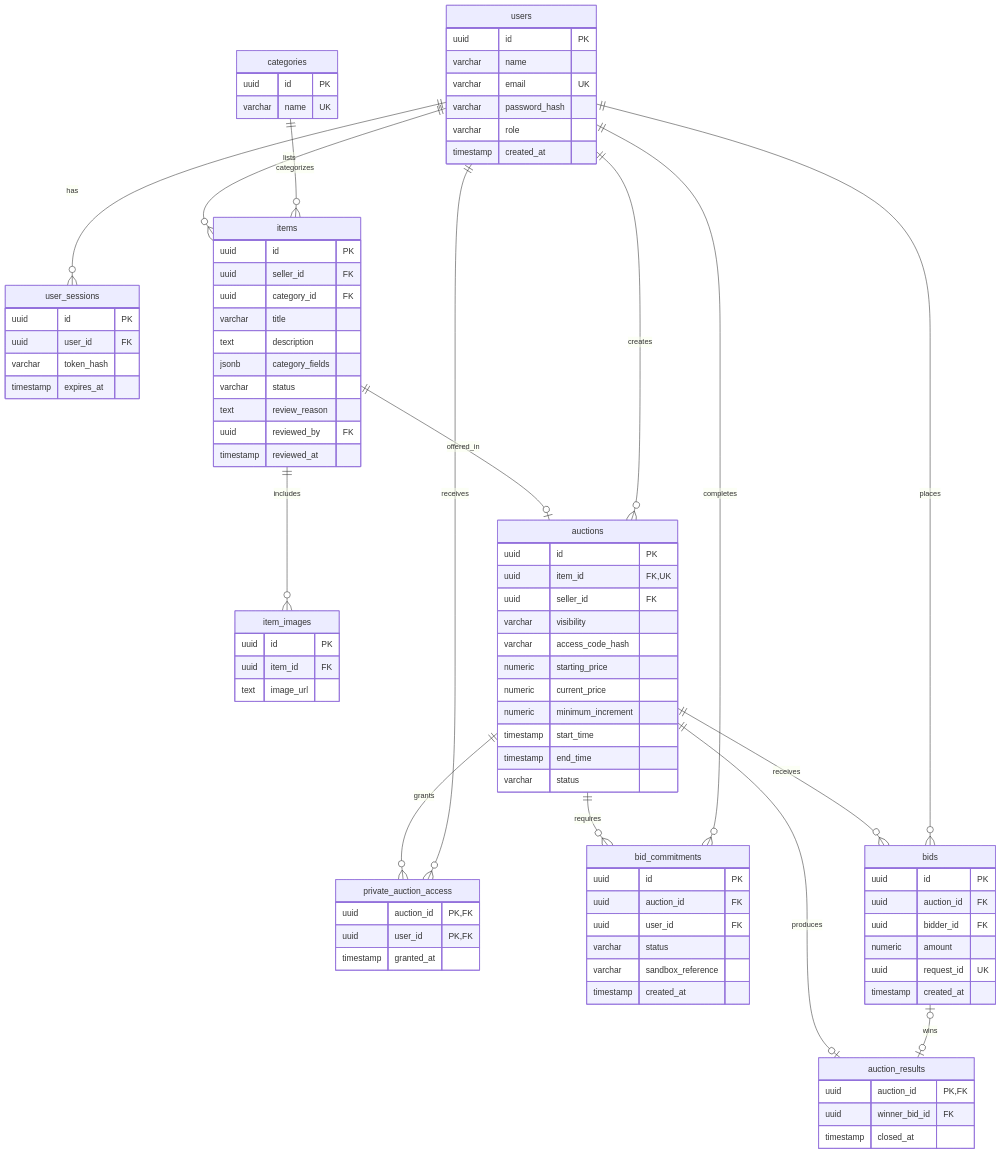
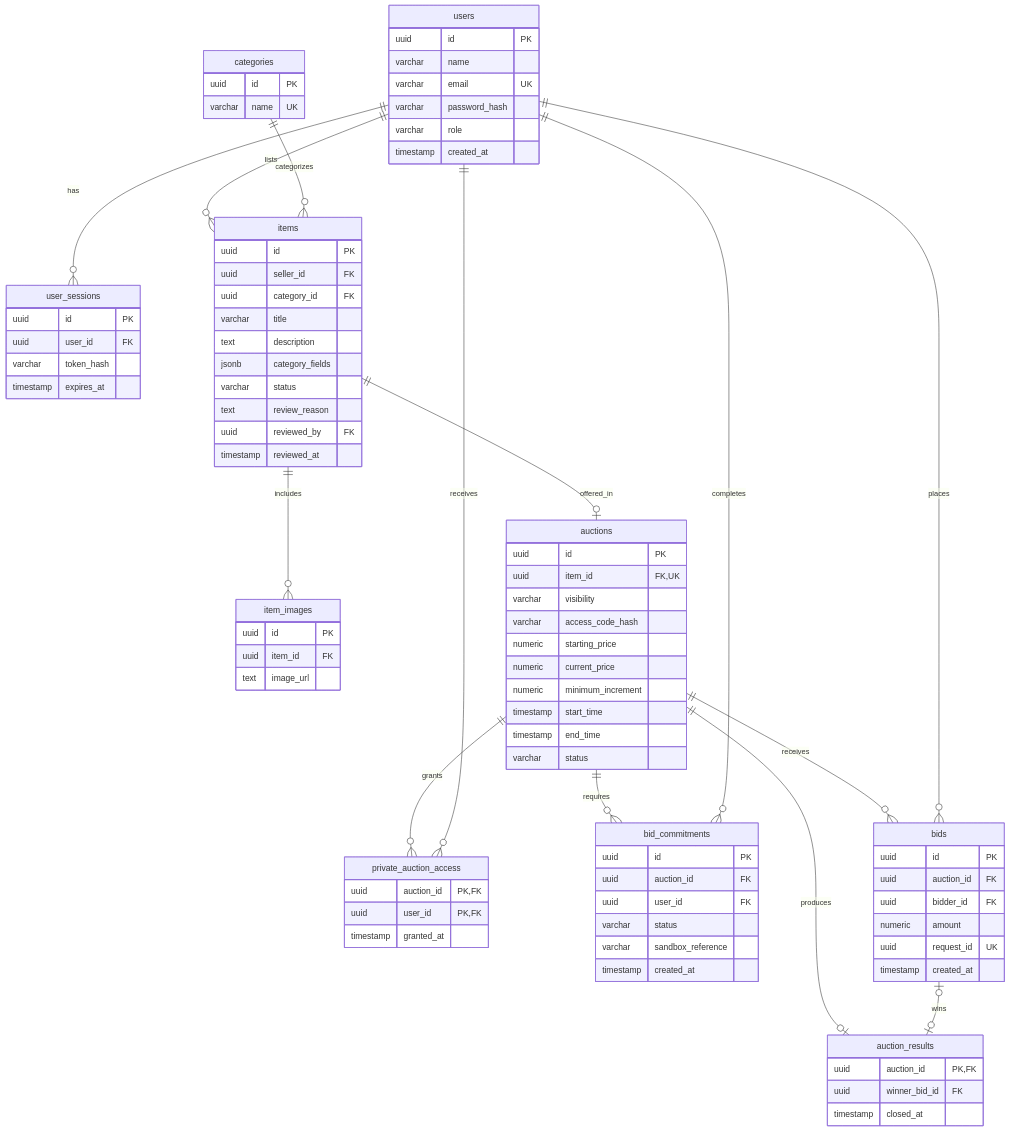
The third of 8 diagrams in Stage_3/Report.MD (Abeerr0/mezyad), drawn with Mermaid before and after one commit. The commit also changed other lines of this file, not shown here.

Commit message:
docs: align database constraints, sequence flows, API and QA coverage

```diff
--- a/Stage_3/Report.MD
+++ b/Stage_3/Report.MD
@@ -229,7 +229,6 @@
     auctions {
         uuid id PK
         uuid item_id FK,UK
-        uuid seller_id FK
         varchar visibility
         varchar access_code_hash
         numeric starting_price
@@ -275,7 +274,6 @@
     categories ||--o{ items : categorizes
     items ||--o{ item_images : includes
     items ||--o| auctions : offered_in
-    users ||--o{ auctions : creates
     auctions ||--o{ private_auction_access : grants
     users ||--o{ private_auction_access : receives
     auctions ||--o{ bid_commitments : requires
```
